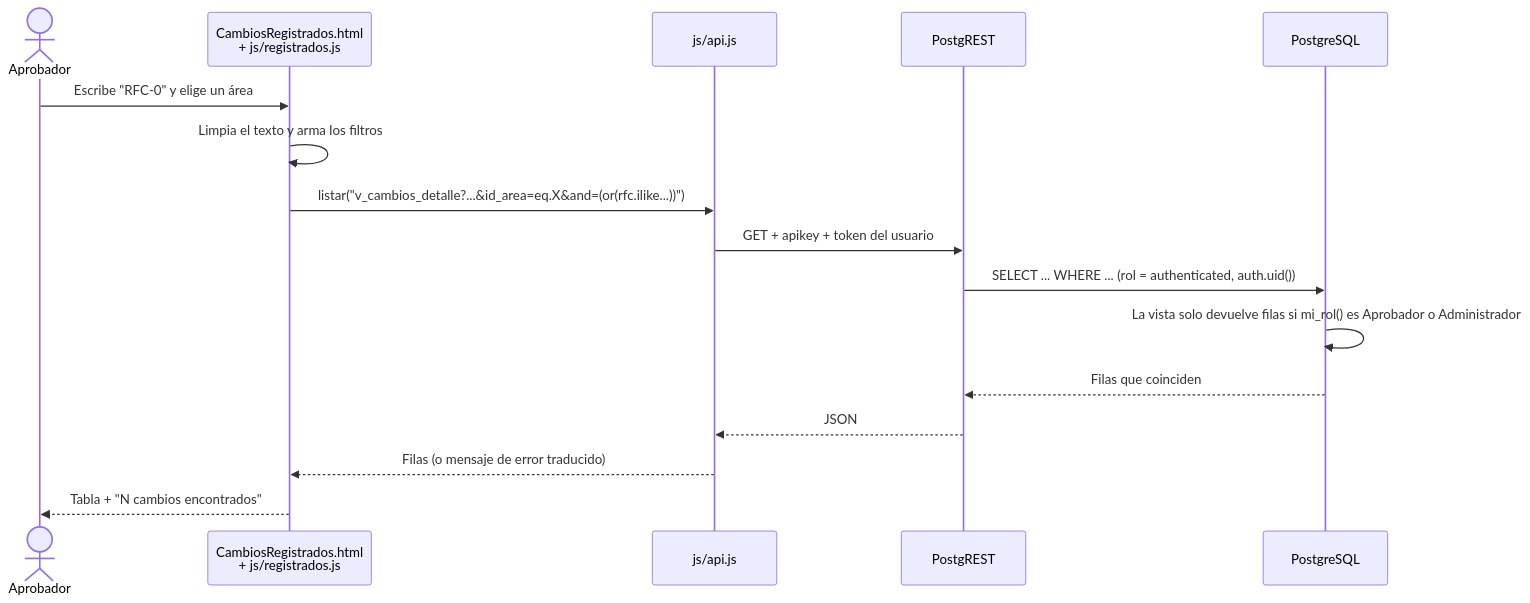
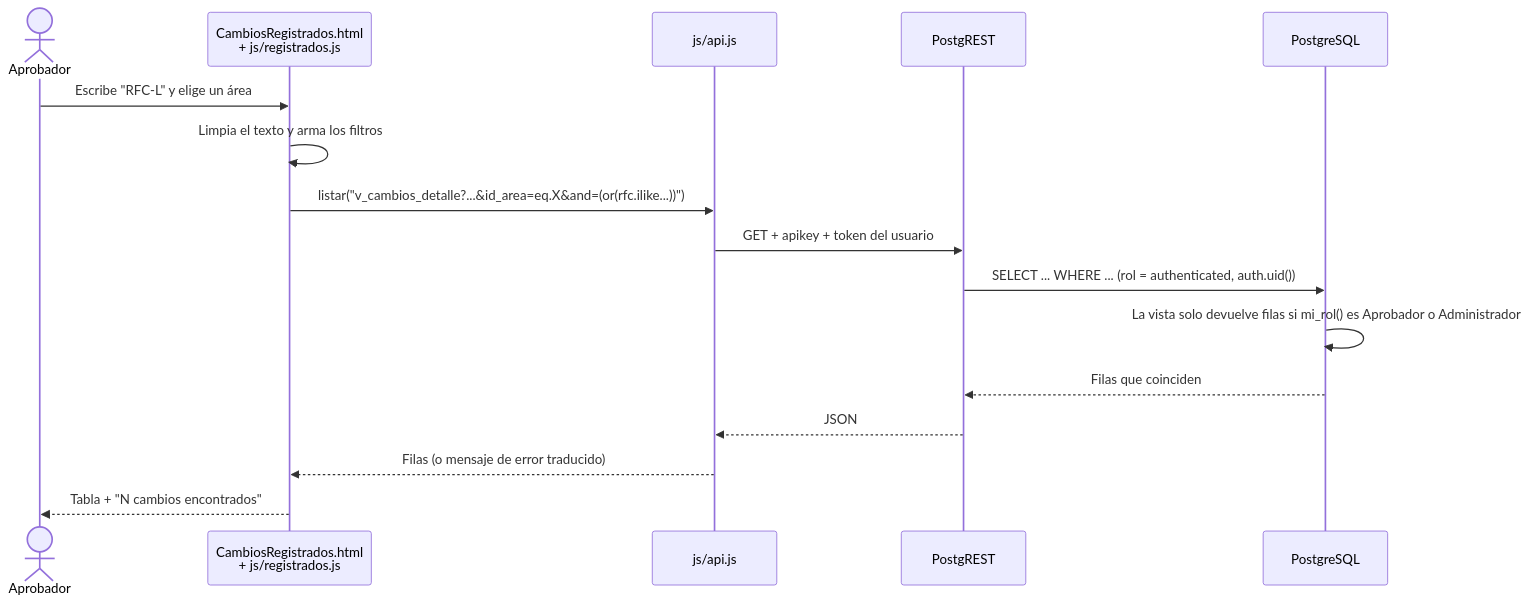
Before and after one commit to cfrancklin0501/ProyectoFinal-ChangePlannerTI: the fourth of 4 diagrams in docs/arquitectura.md, drawn with Mermaid. The commit also changed 1 other file, not shown here.

Commit message:
Usando un codigo RFC real del seed en los ejemplos de busqueda

````diff
--- a/docs/arquitectura.md
+++ b/docs/arquitectura.md
@@ -91,19 +91,19 @@
 ```mermaid
 sequenceDiagram
   actor U as Aprobador
   participant P as CambiosRegistrados.html<br/>+ js/registrados.js
   participant C as js/api.js
   participant R as PostgREST
   participant B as PostgreSQL
 
-  U->>P: Escribe "RFC-0" y elige un área
+  U->>P: Escribe "RFC-L" y elige un área
   P->>P: Limpia el texto y arma los filtros
   P->>C: listar("v_cambios_detalle?...&id_area=eq.X&and=(or(rfc.ilike...))")
   C->>R: GET + apikey + token del usuario
   R->>B: SELECT ... WHERE ... (rol = authenticated, auth.uid())
   B->>B: La vista solo devuelve filas si mi_rol() es Aprobador o Administrador
   B-->>R: Filas que coinciden
   R-->>C: JSON
   C-->>P: Filas (o mensaje de error traducido)
   P-->>U: Tabla + "N cambios encontrados"
 ```
````
